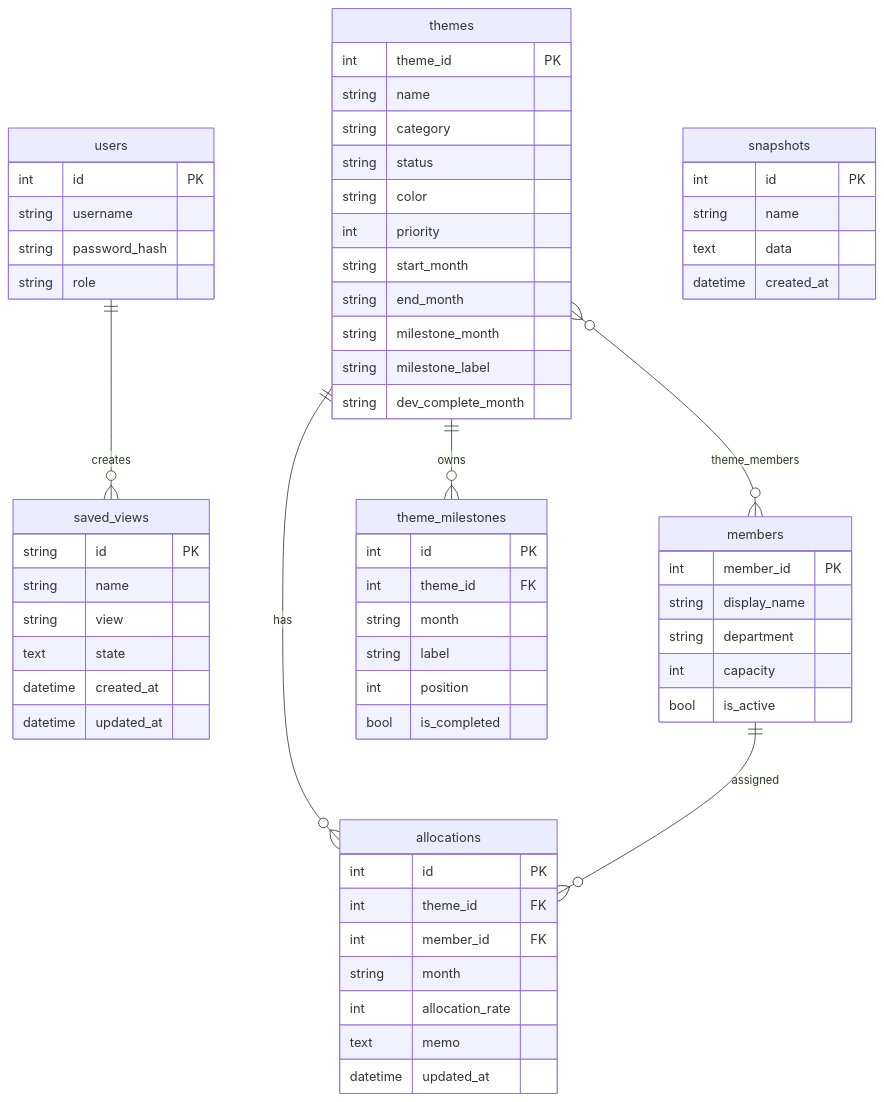
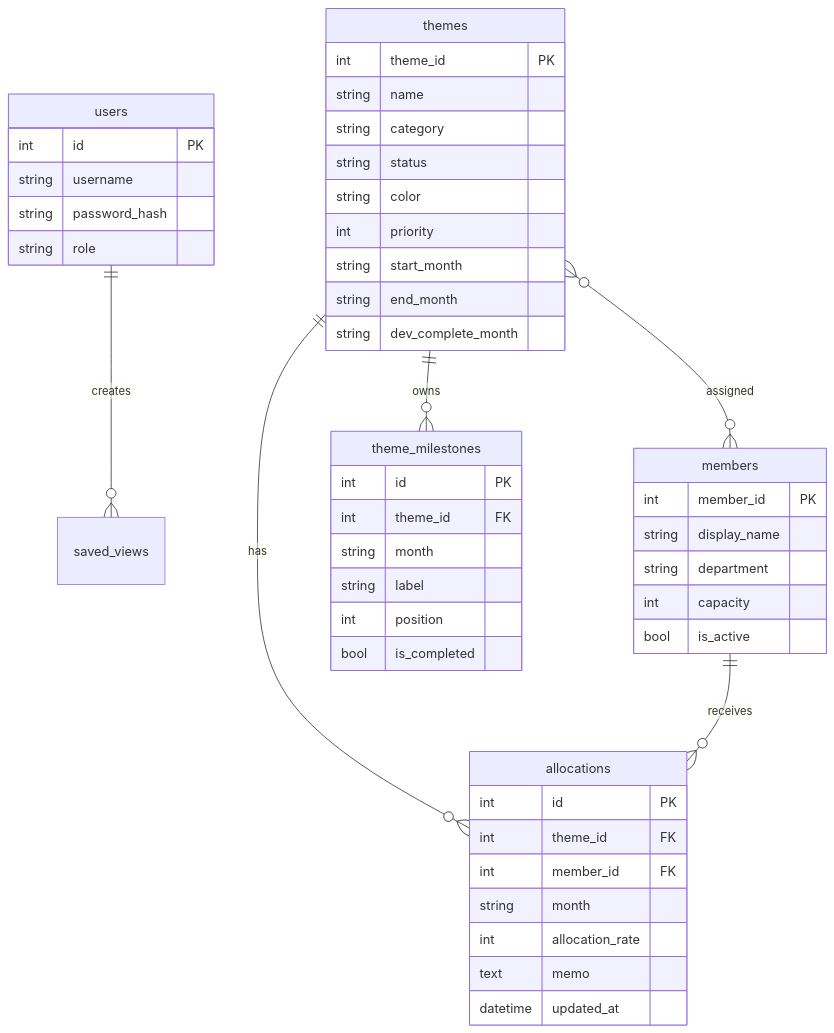
The fourth of 7 diagrams in SoftwareDesign.md (masakinakai3/Manage), drawn with Mermaid before and after one commit. The commit also changed other lines of this file and 6 other files, not shown here.

````diff
--- a/SoftwareDesign.md
+++ b/SoftwareDesign.md
@@ -210,72 +192,54 @@
 ```mermaid
 erDiagram
     users ||--o{ saved_views : creates
     themes ||--o{ allocations : has
-    members ||--o{ allocations : assigned
+    members ||--o{ allocations : receives
     themes ||--o{ theme_milestones : owns
-    themes }o--o{ members : theme_members
+    themes }o--o{ members : assigned
 
     users {
         int id PK
         string username
         string password_hash
         string role
     }
 
     themes {
         int theme_id PK
         string name
         string category
         string status
         string color
         int priority
         string start_month
         string end_month
-        string milestone_month
-        string milestone_label
         string dev_complete_month
     }
 
     theme_milestones {
         int id PK
         int theme_id FK
         string month
         string label
         int position
         bool is_completed
     }
 
     members {
         int member_id PK
         string display_name
         string department
         int capacity
         bool is_active
     }
 
     allocations {
         int id PK
         int theme_id FK
         int member_id FK
         string month
         int allocation_rate
         text memo
         datetime updated_at
     }
-
-    snapshots {
-        int id PK
-        string name
-        text data
-        datetime created_at
-    }
-
-    saved_views {
-        string id PK
-        string name
-        string view
-        text state
-        datetime created_at
-        datetime updated_at
-    }
 ```
````
